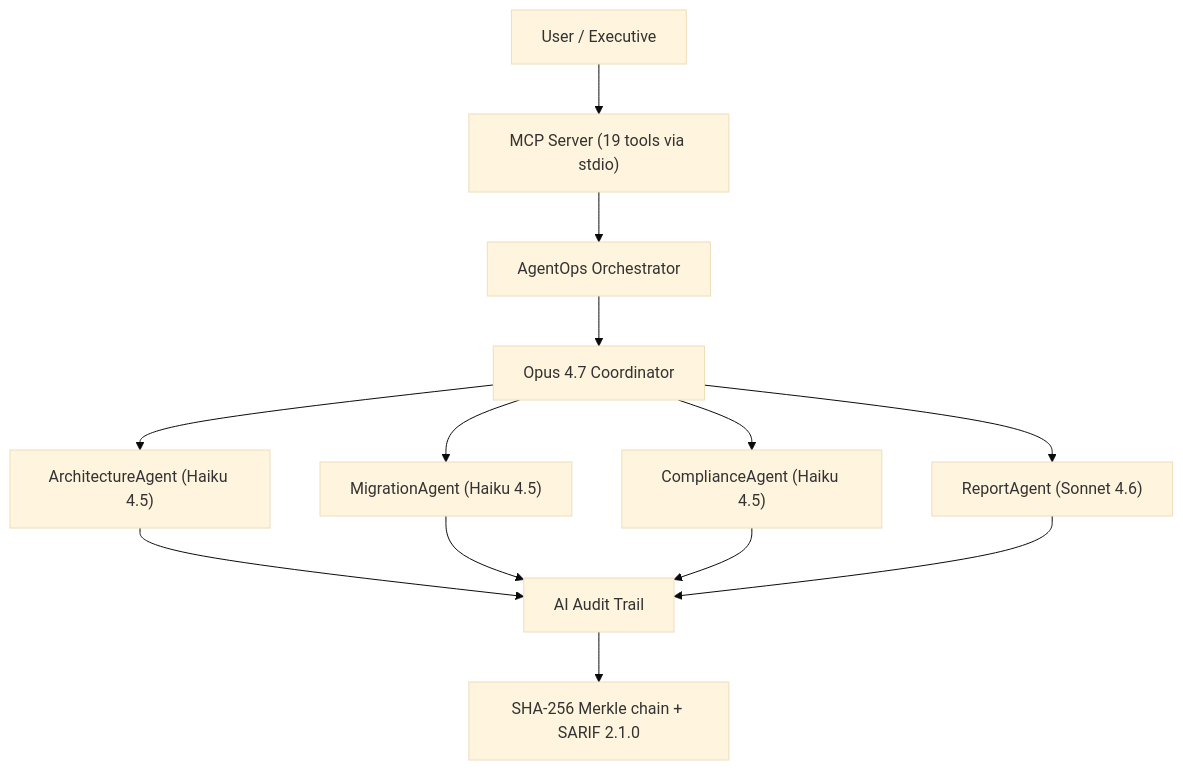
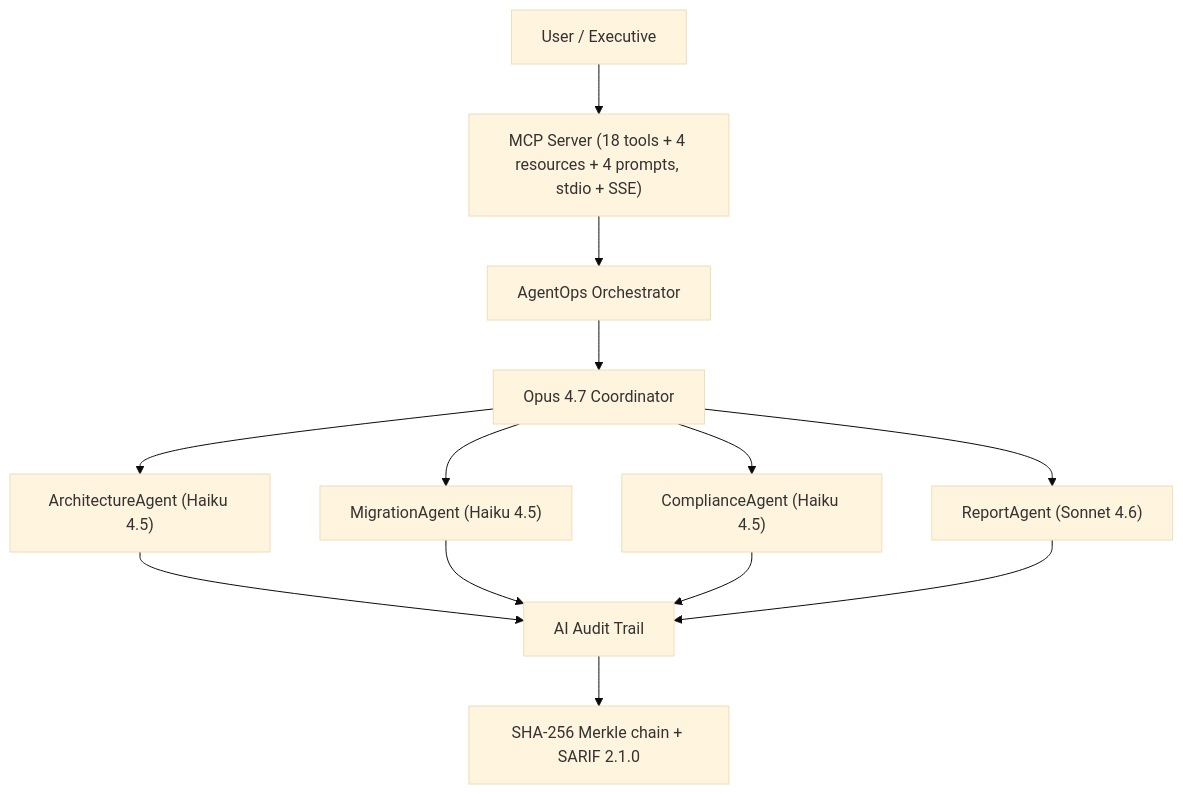
One commit to HunterSpence/enterprise-ai-accelerator changed the first of 2 diagrams in README.md. Above: the diagram before and after it, drawn with Mermaid (base theme). The commit also changed other lines of this file and 4 other files, not shown here.

First line of the commit message:
feat(mcp): SSE transport + resources + prompts for MCP 2.0

````diff
--- a/README.md
+++ b/README.md
@@ -36,15 +36,15 @@
 ```mermaid
 graph TD
-    A["User / Executive"] --> B["MCP Server (19 tools via stdio)"]
+    A["User / Executive"] --> B["MCP Server (18 tools + 4 resources + 4 prompts, stdio + SSE)"]
     B --> C["AgentOps Orchestrator"]
     C --> D["Opus 4.7 Coordinator"]
     D --> E["ArchitectureAgent (Haiku 4.5)"]
     D --> F["MigrationAgent (Haiku 4.5)"]
     D --> G["ComplianceAgent (Haiku 4.5)"]
     D --> H["ReportAgent (Sonnet 4.6)"]
     E --> I["AI Audit Trail"]
     F --> I
     G --> I
     H --> I
     I --> J["SHA-256 Merkle chain + SARIF 2.1.0"]
 ```
````
